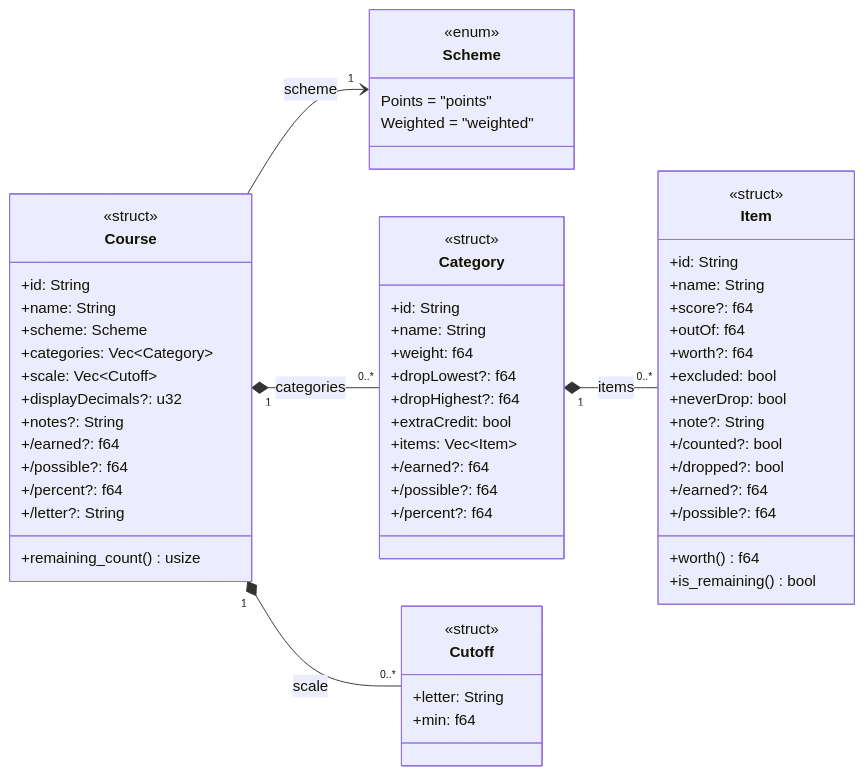
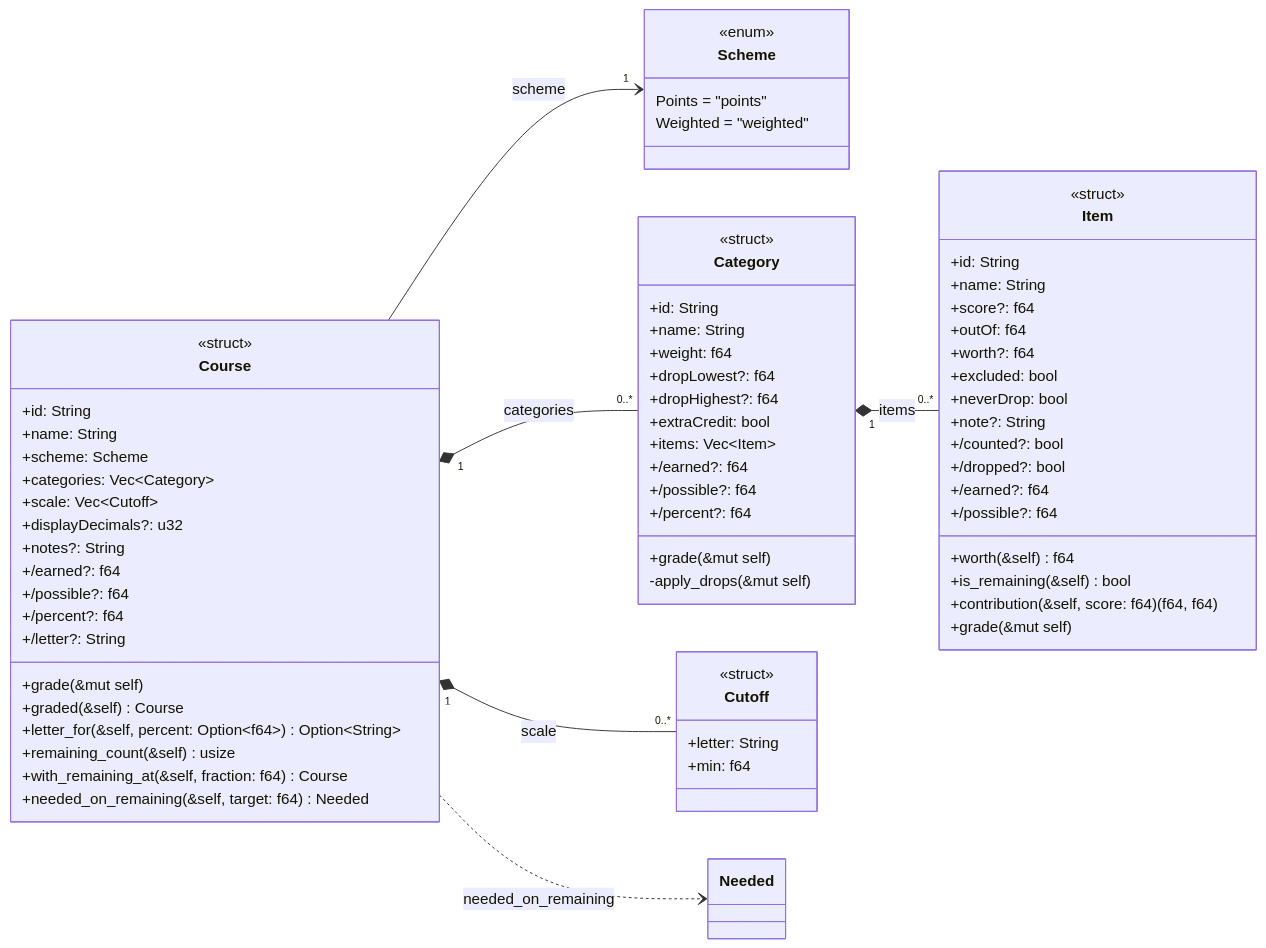
Before and after one commit to Patman1O1/grade-calculator: the second of 8 diagrams in docs/uml.md, drawn with Mermaid. The commit also changed other lines of this file and 11 other files, not shown here.

````diff
--- a/docs/uml.md
+++ b/docs/uml.md
@@ -64,63 +65,73 @@
 ```mermaid
 classDiagram
   direction LR
   class Scheme {
     <<enum>>
     Points = "points"
     Weighted = "weighted"
   }
   class Course {
     <<struct>>
     +id: String
     +name: String
     +scheme: Scheme
     +categories: Vec~Category~
     +scale: Vec~Cutoff~
     +displayDecimals?: u32
     +notes?: String
     +/earned?: f64
     +/possible?: f64
     +/percent?: f64
     +/letter?: String
-    +remaining_count() usize
+    +grade(&mut self)
+    +graded(&self) Course
+    +letter_for(&self, percent: Option~f64~) Option~String~
+    +remaining_count(&self) usize
+    +with_remaining_at(&self, fraction: f64) Course
+    +needed_on_remaining(&self, target: f64) Needed
   }
   class Category {
     <<struct>>
     +id: String
     +name: String
     +weight: f64
     +dropLowest?: f64
     +dropHighest?: f64
     +extraCredit: bool
     +items: Vec~Item~
     +/earned?: f64
     +/possible?: f64
     +/percent?: f64
+    +grade(&mut self)
+    -apply_drops(&mut self)
   }
   class Item {
     <<struct>>
     +id: String
     +name: String
     +score?: f64
     +outOf: f64
     +worth?: f64
     +excluded: bool
     +neverDrop: bool
     +note?: String
     +/counted?: bool
     +/dropped?: bool
     +/earned?: f64
     +/possible?: f64
-    +worth() f64
-    +is_remaining() bool
+    +worth(&self) f64
+    +is_remaining(&self) bool
+    +contribution(&self, score: f64) (f64, f64)
+    +grade(&mut self)
   }
   class Cutoff {
     <<struct>>
     +letter: String
     +min: f64
   }
   Course "1" *-- "0..*" Category : categories
   Category "1" *-- "0..*" Item : items
   Course "1" *-- "0..*" Cutoff : scale
   Course --> "1" Scheme : scheme
+  Course ..> Needed : needed_on_remaining
 ```
````
